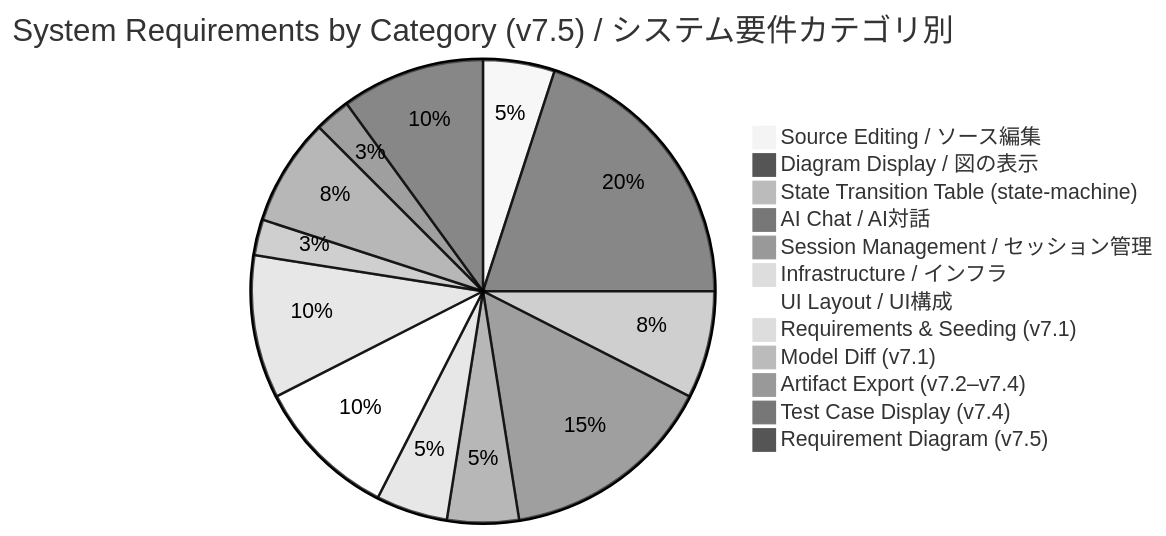
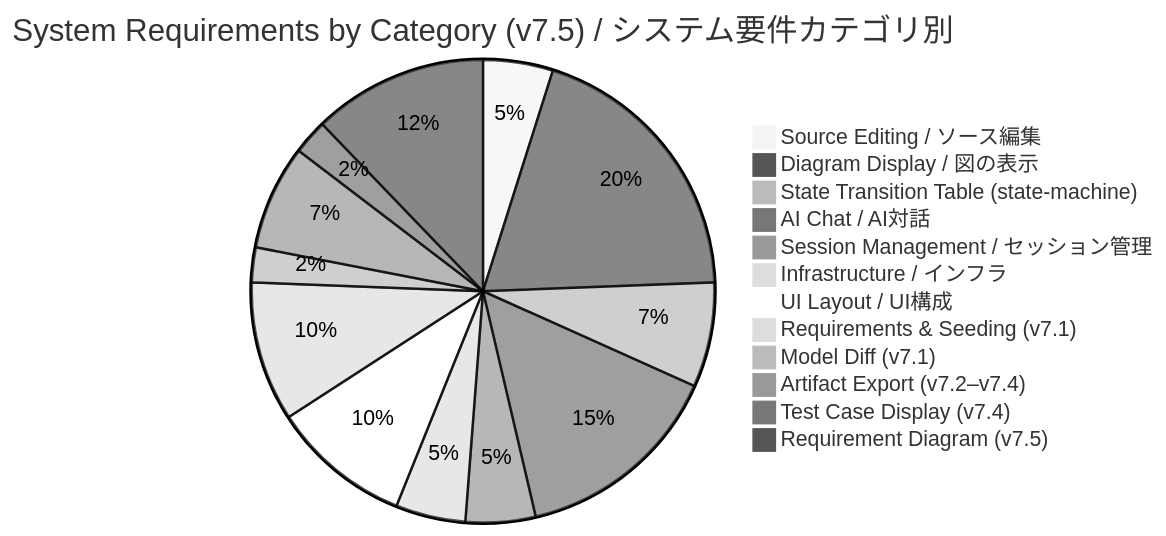
One commit to sho1884/ModelLogue changed the second of 2 diagrams in Doc/Traceability.md. Above: the diagram before and after it, drawn with Mermaid (neutral theme). The commit also changed other lines of this file and 7 other files, not shown here.

````diff
--- a/Doc/Traceability.md
+++ b/Doc/Traceability.md
@@ -249,15 +252,15 @@
 ```mermaid
 pie title System Requirements by Category (v7.5) / システム要件カテゴリ別
     "Source Editing / ソース編集" : 2
     "Diagram Display / 図の表示" : 8
     "State Transition Table (state-machine)" : 3
     "AI Chat / AI対話" : 6
     "Session Management / セッション管理" : 2
     "Infrastructure / インフラ" : 2
     "UI Layout / UI構成" : 4
     "Requirements & Seeding (v7.1)" : 4
     "Model Diff (v7.1)" : 1
     "Artifact Export (v7.2–v7.4)" : 3
     "Test Case Display (v7.4)" : 1
-    "Requirement Diagram (v7.5)" : 4
+    "Requirement Diagram (v7.5)" : 5
 ```
````
